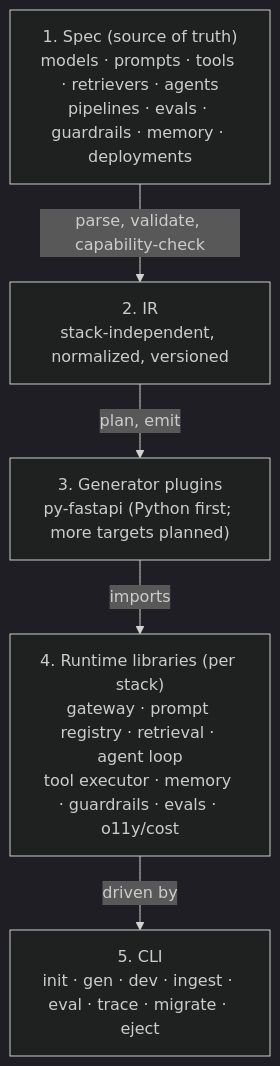
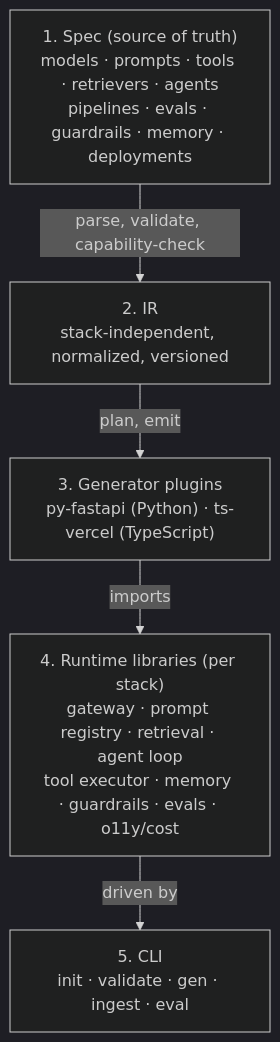
The diagram in README.md (aid-framework/aid-framework), drawn with Mermaid (dark theme) before and after one commit. The commit also changed other lines of this file and 3 other files, not shown here.

````diff
--- a/README.md
+++ b/README.md
@@ -28,12 +32,12 @@
 ```mermaid
 flowchart TD
     A["1. Spec (source of truth)<br/>models · prompts · tools · retrievers · agents<br/>pipelines · evals · guardrails · memory · deployments"]
     B["2. IR<br/>stack-independent, normalized, versioned"]
-    C["3. Generator plugins<br/>py-fastapi (Python first; more targets planned)"]
+    C["3. Generator plugins<br/>py-fastapi (Python) · ts-vercel (TypeScript)"]
     D["4. Runtime libraries (per stack)<br/>gateway · prompt registry · retrieval · agent loop<br/>tool executor · memory · guardrails · evals · o11y/cost"]
-    E["5. CLI<br/>init · gen · dev · ingest · eval · trace · migrate · eject"]
+    E["5. CLI<br/>init · validate · gen · ingest · eval"]
     A -->|parse, validate, capability-check| B
     B -->|plan, emit| C
     C -->|imports| D
     D -->|driven by| E
 ```
````
